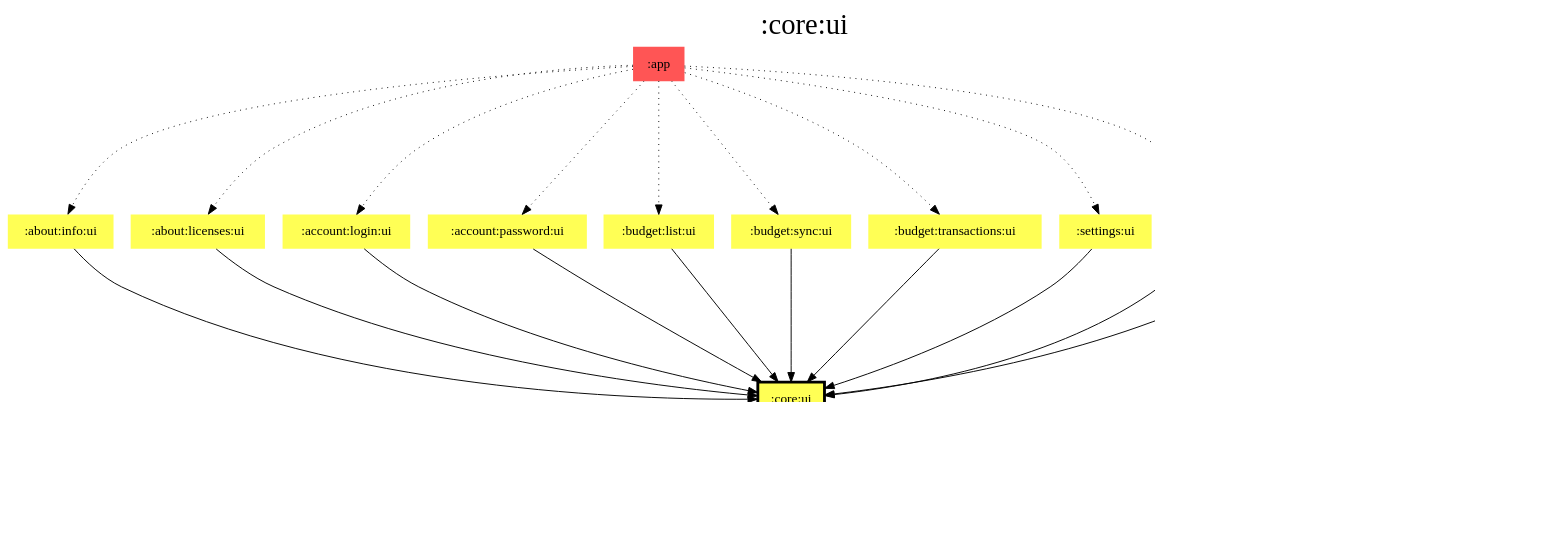
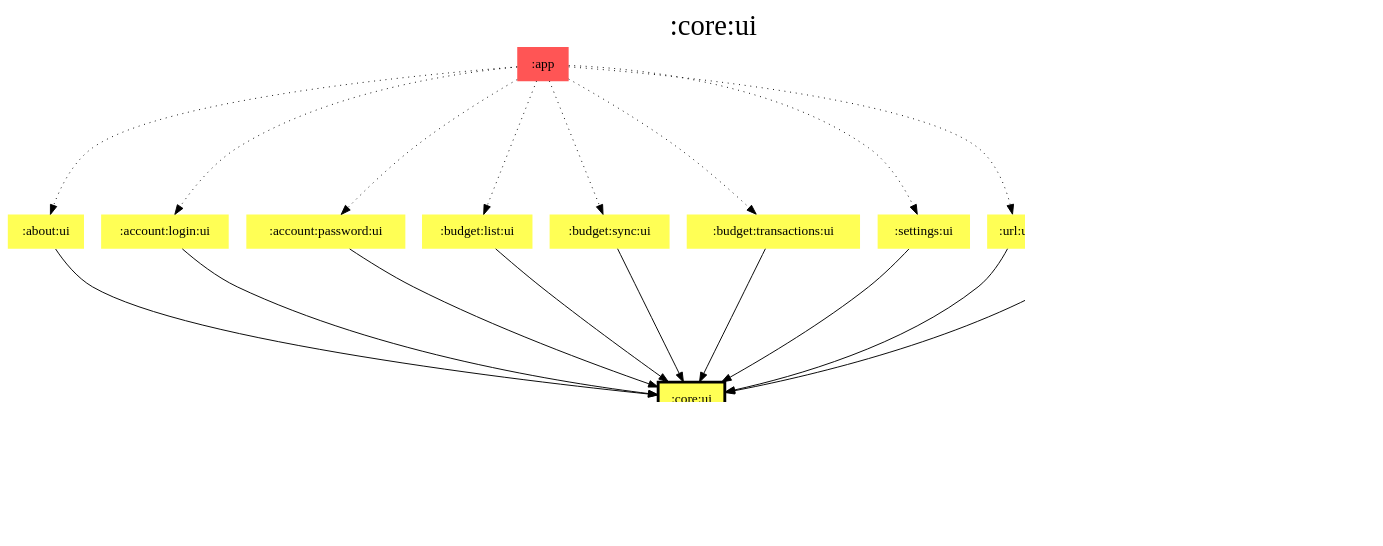
The diagram in modules/core/ui/modules.dot (jonapoul/aktual), drawn with Graphviz before and after one commit. The commit also changed 153 other files, not shown here.

Commit message:
Merge licenses/info into about

```diff
--- a/modules/core/ui/modules.dot
+++ b/modules/core/ui/modules.dot
@@ -1,57 +1,54 @@
 digraph {
 edge ["dir"="forward"]
 graph ["dpi"="100","label"=":core:ui","labelloc"="t","fontsize"="30","ranksep"="1.5","rankdir"="TB"]
 node ["style"="filled"]
-":about:info:ui" ["fillcolor"="#FFFF55","shape"="none"]
-":about:licenses:ui" ["fillcolor"="#FFFF55","shape"="none"]
+":about:ui" ["fillcolor"="#FFFF55","shape"="none"]
 ":account:login:ui" ["fillcolor"="#FFFF55","shape"="none"]
 ":account:password:ui" ["fillcolor"="#FFFF55","shape"="none"]
 ":app" ["fillcolor"="#FF5555","shape"="none"]
 ":budget:list:ui" ["fillcolor"="#FFFF55","shape"="none"]
 ":budget:sync:ui" ["fillcolor"="#FFFF55","shape"="none"]
 ":budget:transactions:ui" ["fillcolor"="#FFFF55","shape"="none"]
 ":core:model" ["fillcolor"="#9D8DF1","shape"="none"]
 ":core:res" ["fillcolor"="#00FFFF","shape"="none"]
 ":core:ui" ["fillcolor"="#FFFF55","color"="black","penwidth"="3","shape"="box"]
 ":settings:ui" ["fillcolor"="#FFFF55","shape"="none"]
 ":test:compose" ["fillcolor"="#FFFF55","shape"="none"]
 ":url:ui" ["fillcolor"="#FFFF55","shape"="none"]
 {
 edge ["dir"="none"]
 graph ["rank"="same"]
 ":core:ui"
 }
-":about:info:ui" -> ":core:ui"
-":about:licenses:ui" -> ":core:ui"
+":about:ui" -> ":core:ui"
 ":account:login:ui" -> ":core:ui"
 ":account:password:ui" -> ":core:ui"
-":app" -> ":about:info:ui" ["style"="dotted"]
-":app" -> ":about:licenses:ui" ["style"="dotted"]
+":app" -> ":about:ui" ["style"="dotted"]
 ":app" -> ":account:login:ui" ["style"="dotted"]
 ":app" -> ":account:password:ui" ["style"="dotted"]
 ":app" -> ":budget:list:ui" ["style"="dotted"]
 ":app" -> ":budget:sync:ui" ["style"="dotted"]
 ":app" -> ":budget:transactions:ui" ["style"="dotted"]
 ":app" -> ":settings:ui" ["style"="dotted"]
 ":app" -> ":url:ui" ["style"="dotted"]
 ":budget:list:ui" -> ":core:ui"
 ":budget:sync:ui" -> ":core:ui"
 ":budget:transactions:ui" -> ":core:ui"
 ":core:ui" -> ":core:model"
 ":core:ui" -> ":core:res" ["style"="dotted"]
 ":settings:ui" -> ":core:ui"
 ":test:compose" -> ":core:ui"
 ":url:ui" -> ":core:ui"
 subgraph "cluster_legend" {
 edge ["dir"="none"]
 graph ["label"="Legend","fontsize"="20"]
 "Legend" ["style"="filled","fillcolor"="#FFFFFF","shape"="none","margin"="0","fontsize"="15","label"=<
 <TABLE BORDER="0" CELLBORDER="0" CELLSPACING="0" CELLPADDING="4">
 <TR><TD>App</TD><TD BGCOLOR="#FF5555">module-name</TD></TR>
 <TR><TD>Compose</TD><TD BGCOLOR="#FFFF55">module-name</TD></TR>
 <TR><TD>Resources</TD><TD BGCOLOR="#00FFFF">module-name</TD></TR>
 <TR><TD>Multiplatform</TD><TD BGCOLOR="#9D8DF1">module-name</TD></TR>
 </TABLE>
 >]
 } -> ":core:ui" ["style"="invis"]
 }
```
